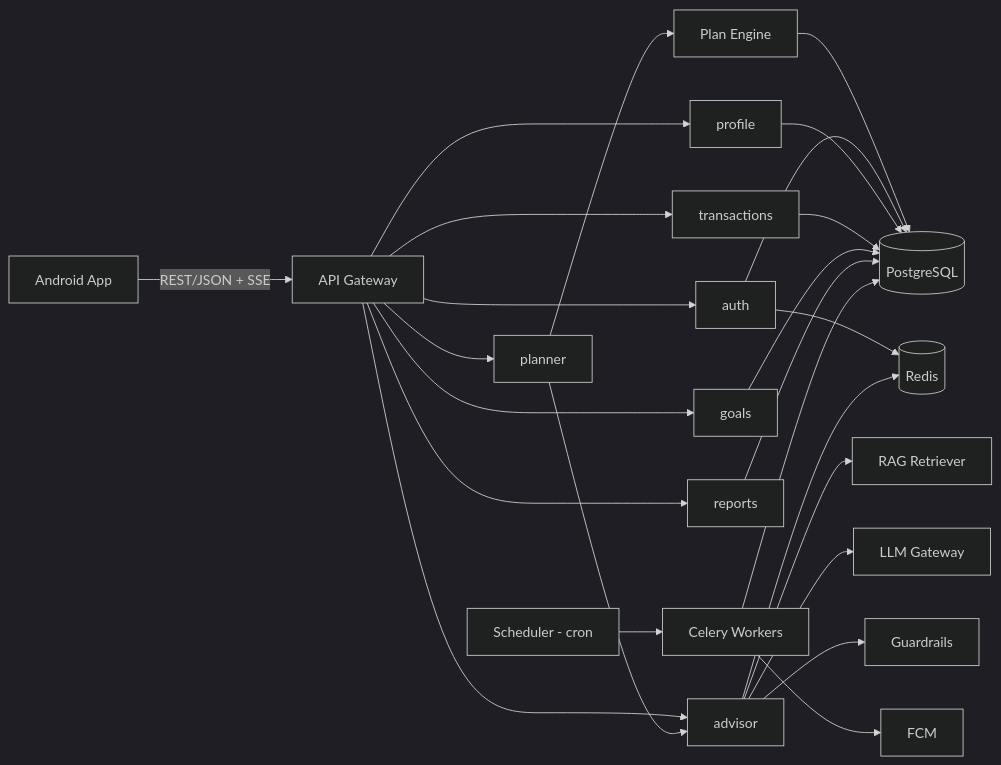
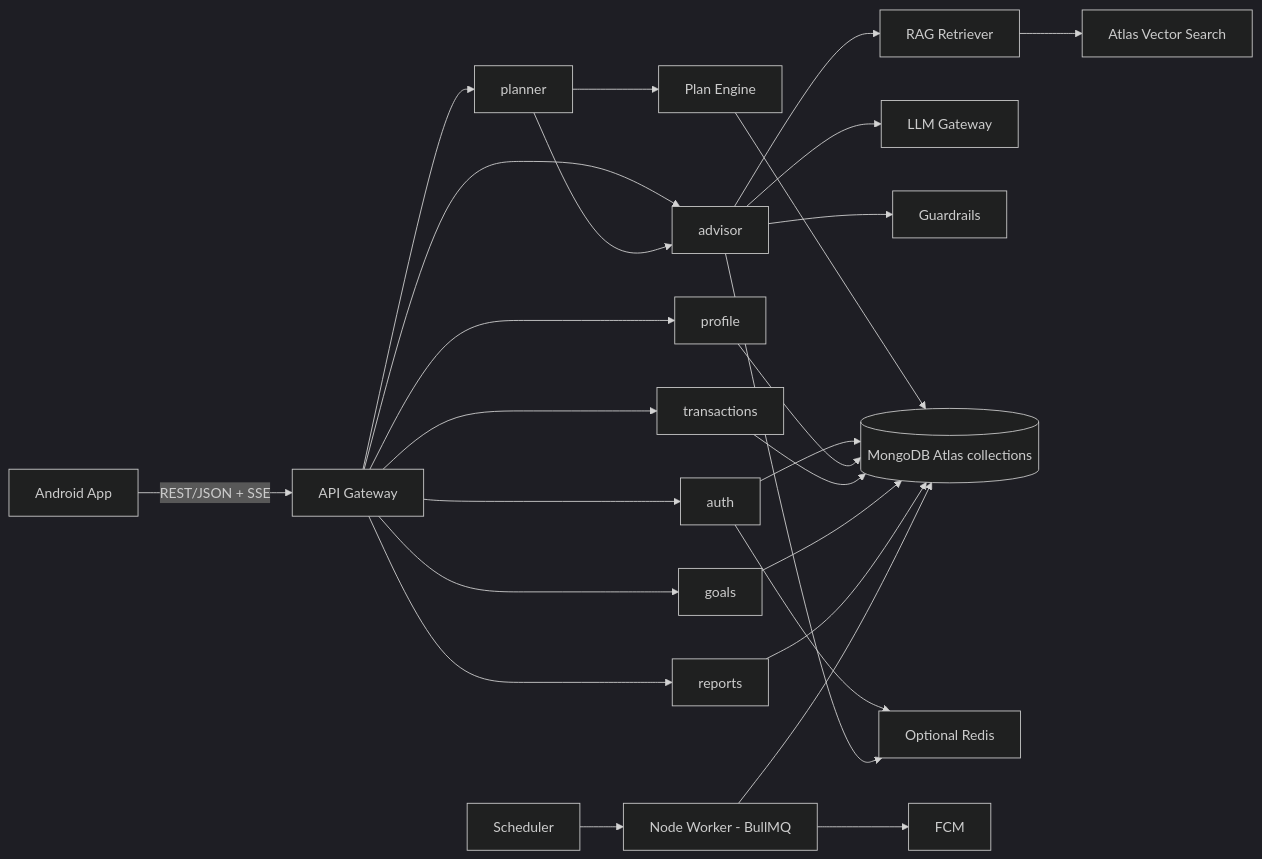
Before and after one commit to Roni1256/Personal-Fin: the first of 3 diagrams in artifacts/03_Backend_Architecture.md, drawn with Mermaid (dark theme). The commit also changed other lines of this file and 25 other files, not shown here.

````diff
--- a/artifacts/03_Backend_Architecture.md
+++ b/artifacts/03_Backend_Architecture.md
@@ -20,22 +20,23 @@
 ```mermaid
 flowchart LR
     A[Android App] -->|REST/JSON + SSE| GW[API Gateway]
     GW --> M1[auth]
     GW --> M2[profile]
     GW --> M3[planner]
     GW --> M4[transactions]
     GW --> M5[goals]
     GW --> M6[advisor]
     GW --> M7[reports]
     M3 --> PE[Plan Engine]
     M3 --> M6
     M6 --> RAG[RAG Retriever]
+    RAG --> VS[Atlas Vector Search]
     M6 --> LLM[LLM Gateway]
     M6 --> GR[Guardrails]
-    PE --> DB[(PostgreSQL)]
-    M1 & M2 & M4 & M5 & M7 --> DB
-    M1 & M6 --> RC[(Redis)]
-    W[Celery Workers] --> DB
+    PE --> MDB[(MongoDB Atlas collections)]
+    M1 & M2 & M4 & M5 & M7 --> MDB
+    M1 & M6 --> RD[Optional Redis]
+    W[Node Worker - BullMQ] --> MDB
     W --> FCM[FCM]
-    SCH[Scheduler - cron] --> W
+    SCH[Scheduler] --> W
 ```
````
